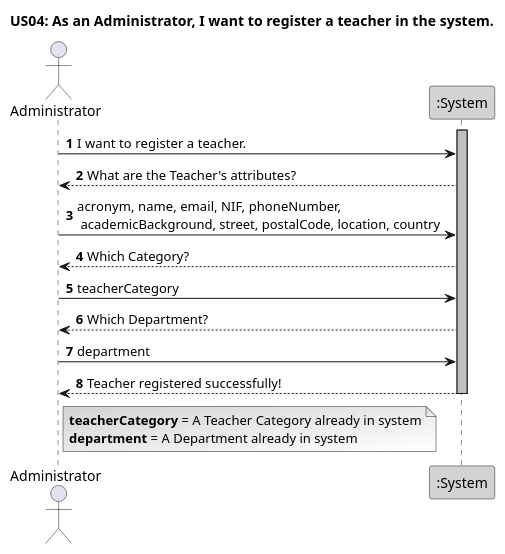
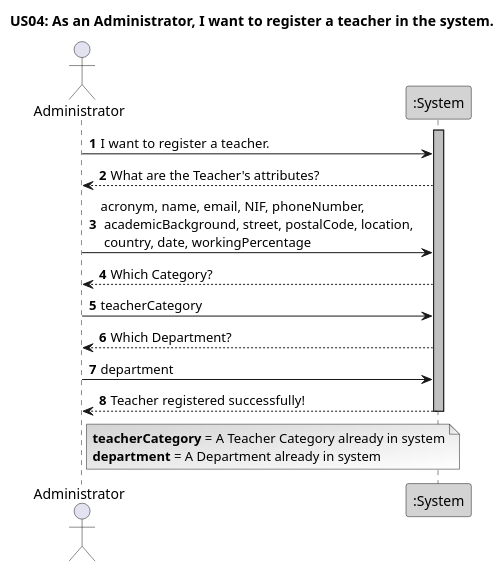
Before and after one commit to GasparISEP/DevOps-PAI: the diagram in docs/US04/Sprint6/ProcessView/Level1.puml, drawn with PlantUML. The commit also changed 1 other file, not shown here.

Commit message:
docs: Add Process View Level 2 diagram to Teacher Registation documentation. Refs #581, #500

```diff
--- a/docs/US04/Sprint6/ProcessView/Level1.puml
+++ b/docs/US04/Sprint6/ProcessView/Level1.puml
@@ -1,25 +1,25 @@
 @startuml
 autonumber
 
 title US04: As an Administrator, I want to register a teacher in the system.
 
 actor Administrator
 participant ":System" as System #lightgrey
 
 activate System #silver
 Administrator -> System: I want to register a teacher.
 System --> Administrator: What are the Teacher's attributes?
-Administrator -> System: acronym, name, email, NIF, phoneNumber, \n academicBackground, street, postalCode, location, country
+Administrator -> System: acronym, name, email, NIF, phoneNumber, \n academicBackground, street, postalCode, location, \n country, date, workingPercentage
 System --> Administrator: Which Category?
 Administrator -> System: teacherCategory
 System --> Administrator: Which Department?
 Administrator -> System: department
 System --> Administrator: Teacher registered successfully!
 deactivate System
 
 
 Note Right Administrator #lightgray/White
     **teacherCategory** = A Teacher Category already in system
     **department** = A Department already in system
 End Note
 @enduml
```
